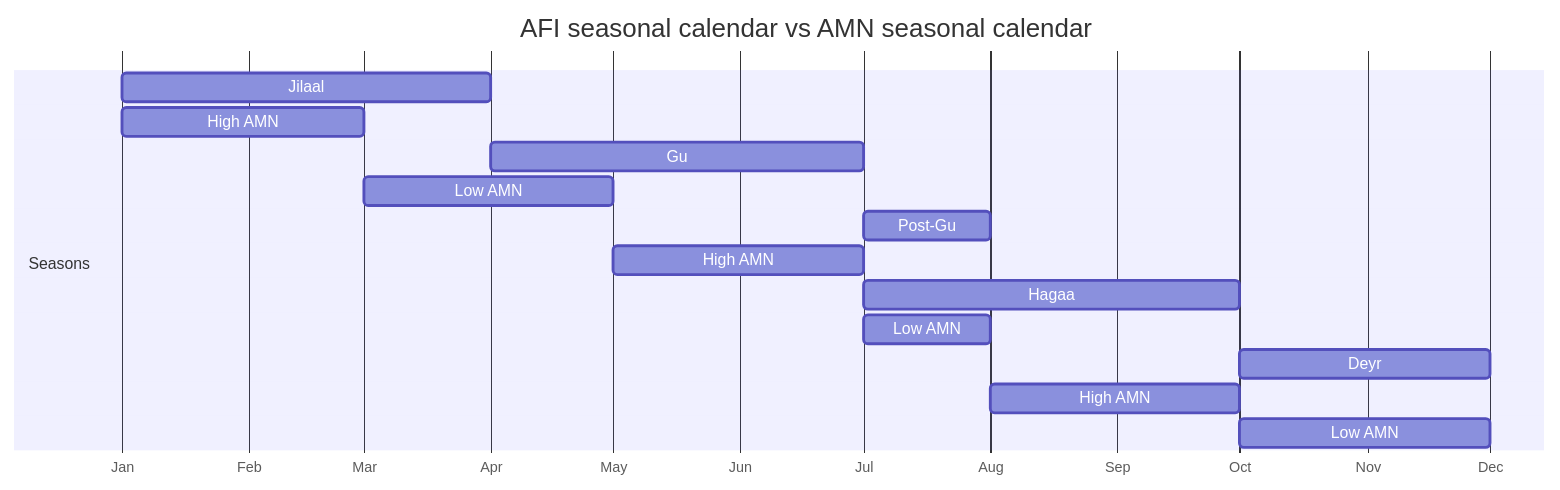
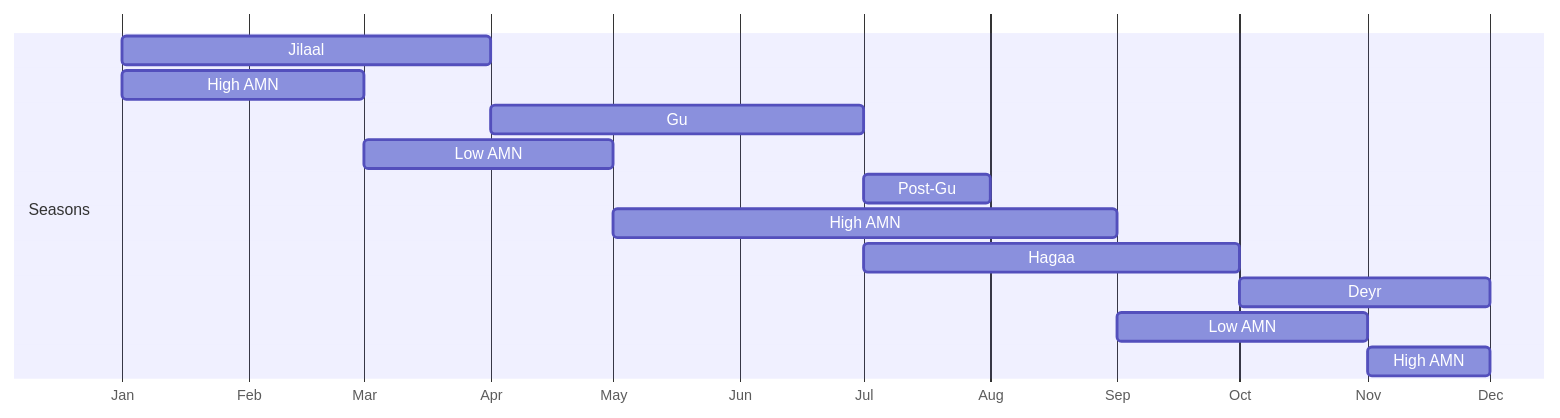
The ninth of 10 diagrams in report.qmd (nutimes/som-sam-admit), drawn with Mermaid before and after one commit. The commit also changed other lines of this file and 1 other file, not shown here.

````diff
--- a/report.qmd
+++ b/report.qmd
@@ -658,21 +672,20 @@
 ```{mermaid}
 %%| label: fig-afi-amn-calendar-riverine
+%%| fig-cap: AFI seasonal calendar vs AMN seasonal calendar
 
 gantt
-    title AFI seasonal calendar vs AMN seasonal calendar
     dateFormat M
     axisFormat %b
     todayMarker off
     section Seasons
     Jilaal :afi1, 1, 4
     High AMN :amn1, 1, 3
     Gu     :afi2, 4, 7
     Low AMN :amn2, 3, 5
     Post-Gu:afi3, 7, 8
-    High AMN :amn3, 5, 7
+    High AMN :amn3, 5, 9
     Hagaa  :afi4, 7, 10
-    Low AMN :amn4, 7, 8
     Deyr   :afi5, 10, 12
-    High AMN : amn5, 8, 10
-    Low AMN : amn6, 10, 12
+    Low AMN : amn5, 9, 11
+    High AMN : amn6, 11, 12
 ```
````
